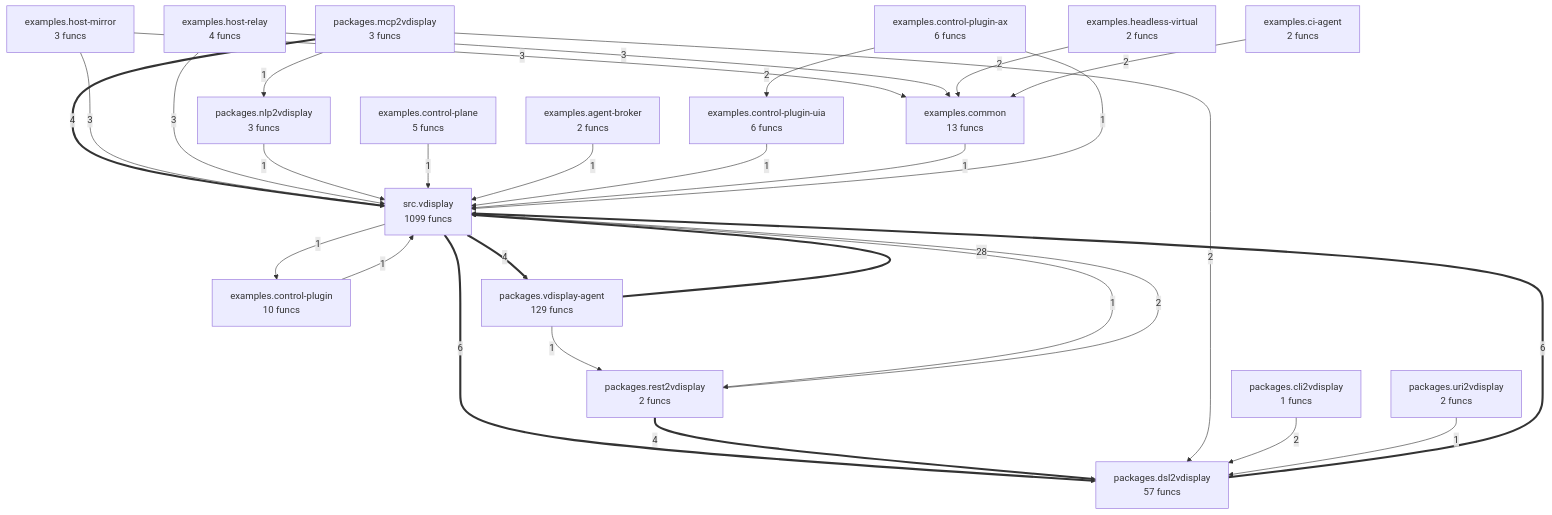
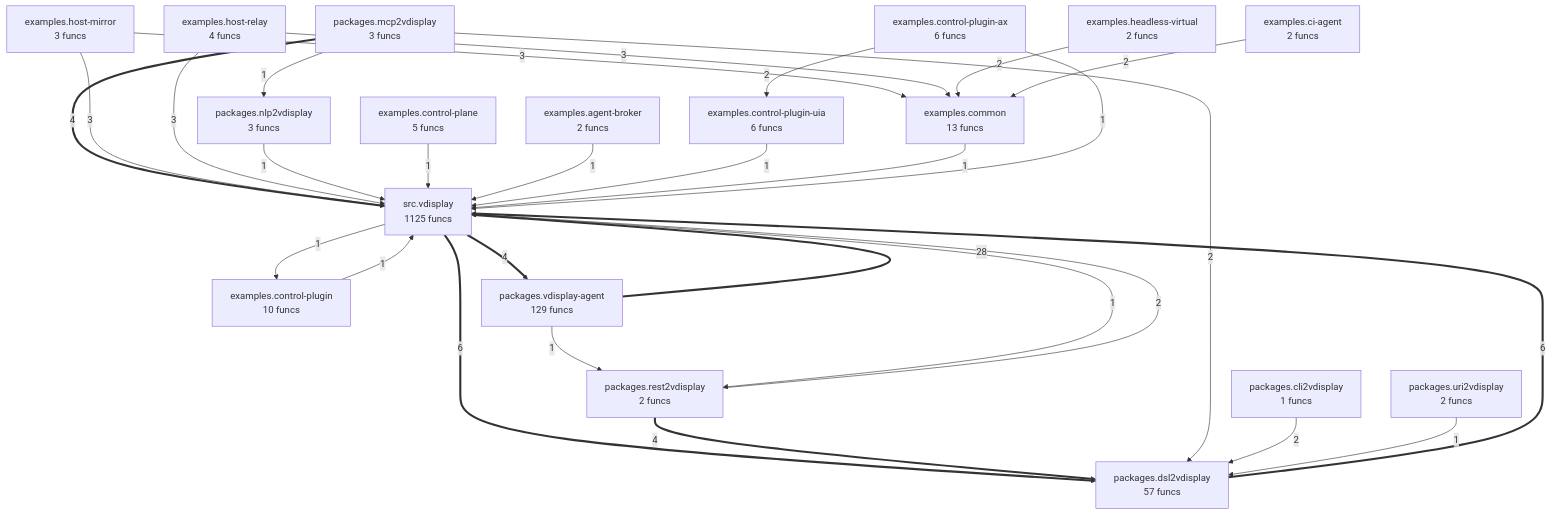
The diagram in project/compact_flow.mmd (wronai/vdisplay), drawn with Mermaid before and after one commit. The commit also changed 45 other files, not shown here.

```diff
--- a/project/compact_flow.mmd
+++ b/project/compact_flow.mmd
@@ -1,48 +1,48 @@
 flowchart TD
-%% generated in 0.05s
+%% generated in 0.04s
     examples__agent_broker["examples.agent-broker<br/>2 funcs"]
     examples__ci_agent["examples.ci-agent<br/>2 funcs"]
     examples__common["examples.common<br/>13 funcs"]
     examples__control_plane["examples.control-plane<br/>5 funcs"]
     examples__control_plugin["examples.control-plugin<br/>10 funcs"]
     examples__control_plugin_ax["examples.control-plugin-ax<br/>6 funcs"]
     examples__control_plugin_uia["examples.control-plugin-uia<br/>6 funcs"]
     examples__headless_virtual["examples.headless-virtual<br/>2 funcs"]
     examples__host_mirror["examples.host-mirror<br/>3 funcs"]
     examples__host_relay["examples.host-relay<br/>4 funcs"]
     packages__cli2vdisplay["packages.cli2vdisplay<br/>1 funcs"]
     packages__dsl2vdisplay["packages.dsl2vdisplay<br/>57 funcs"]
     packages__mcp2vdisplay["packages.mcp2vdisplay<br/>3 funcs"]
     packages__nlp2vdisplay["packages.nlp2vdisplay<br/>3 funcs"]
     packages__rest2vdisplay["packages.rest2vdisplay<br/>2 funcs"]
     packages__uri2vdisplay["packages.uri2vdisplay<br/>2 funcs"]
     packages__vdisplay_agent["packages.vdisplay-agent<br/>129 funcs"]
-    src__vdisplay["src.vdisplay<br/>1099 funcs"]
+    src__vdisplay["src.vdisplay<br/>1125 funcs"]
     packages__vdisplay_agent ==>|28| src__vdisplay
     packages__dsl2vdisplay ==>|6| src__vdisplay
     src__vdisplay ==>|6| packages__dsl2vdisplay
     packages__mcp2vdisplay ==>|4| src__vdisplay
     packages__rest2vdisplay ==>|4| packages__dsl2vdisplay
     src__vdisplay ==>|4| packages__vdisplay_agent
     examples__host_mirror -->|3| src__vdisplay
     examples__host_mirror -->|3| examples__common
     examples__host_relay -->|3| src__vdisplay
     examples__host_relay -->|3| examples__common
     packages__mcp2vdisplay -->|2| packages__dsl2vdisplay
     packages__cli2vdisplay -->|2| packages__dsl2vdisplay
     packages__rest2vdisplay -->|2| src__vdisplay
     examples__headless_virtual -->|2| examples__common
     examples__ci_agent -->|2| examples__common
     examples__control_plugin_ax -->|2| examples__control_plugin_uia
     packages__mcp2vdisplay -->|1| packages__nlp2vdisplay
     packages__uri2vdisplay -->|1| packages__dsl2vdisplay
     packages__nlp2vdisplay -->|1| src__vdisplay
     packages__vdisplay_agent -->|1| packages__rest2vdisplay
     examples__control_plugin -->|1| src__vdisplay
     examples__control_plane -->|1| src__vdisplay
     examples__agent_broker -->|1| src__vdisplay
     examples__control_plugin_uia -->|1| src__vdisplay
     examples__common -->|1| src__vdisplay
     examples__control_plugin_ax -->|1| src__vdisplay
     src__vdisplay -->|1| packages__rest2vdisplay
     src__vdisplay -->|1| examples__control_plugin
```
